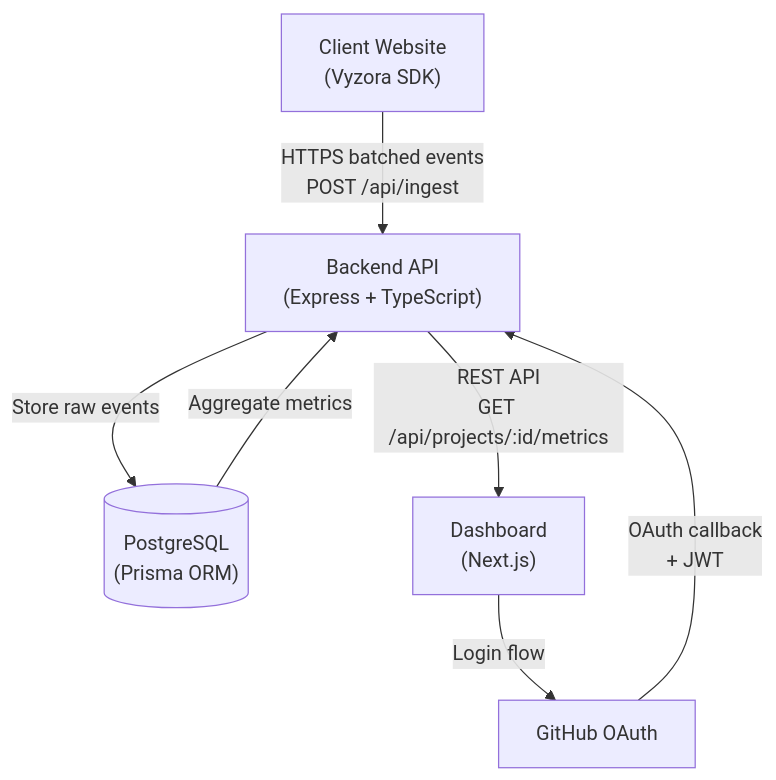
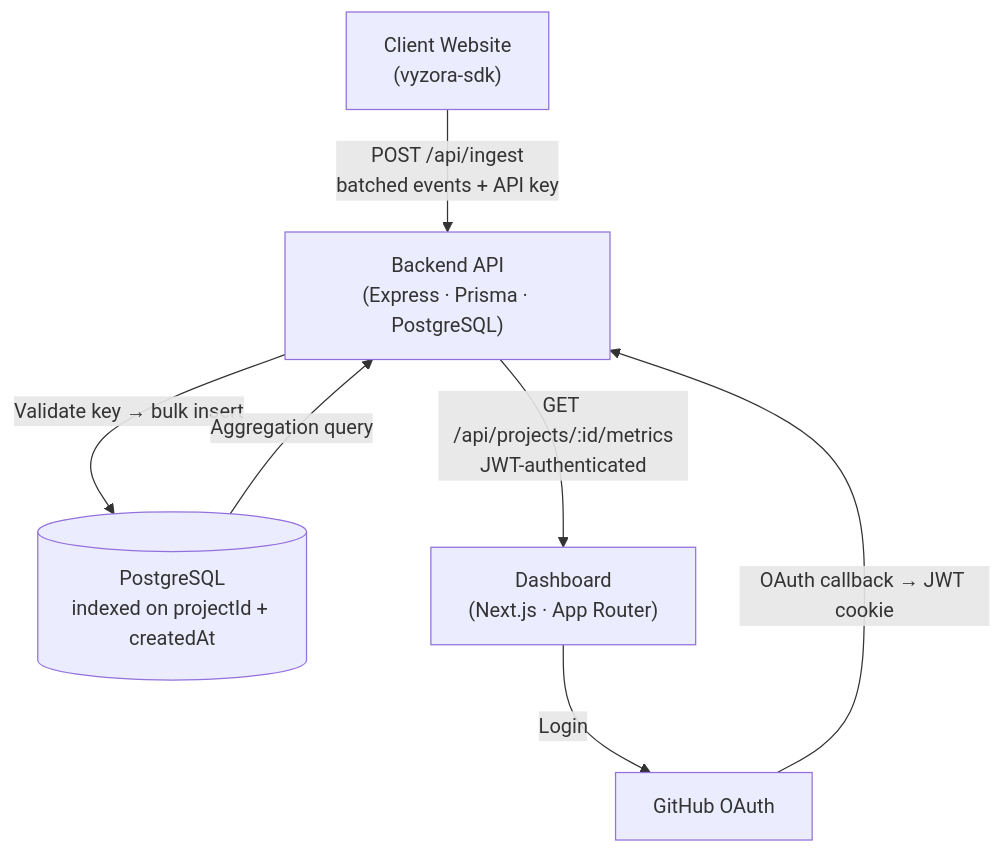
The first of 2 diagrams in README.md (Lancerhawk/Vyzora), drawn with Mermaid before and after one commit. The commit also changed other lines of this file and 10 other files, not shown here.

````diff
--- a/README.md
+++ b/README.md
@@ -30,15 +29,15 @@
 ```mermaid
 flowchart TD
-    A["Client Website\n(Vyzora SDK)"]
-    B["Backend API\n(Express + TypeScript)"]
-    C[("PostgreSQL\n(Prisma ORM)")]
-    D["Dashboard\n(Next.js)"]
+    A["Client Website\n(vyzora-sdk)"]
+    B["Backend API\n(Express · Prisma · PostgreSQL)"]
+    C[("PostgreSQL\nindexed on projectId + createdAt")]
+    D["Dashboard\n(Next.js · App Router)"]
     E["GitHub OAuth"]
 
-    A -- "HTTPS batched events\nPOST /api/ingest" --> B
-    B -- "Store raw events" --> C
-    C -- "Aggregate metrics" --> B
-    B -- "REST API\nGET /api/projects/:id/metrics" --> D
-    D -- "Login flow" --> E
-    E -- "OAuth callback\n+ JWT" --> B
+    A -- "POST /api/ingest\nbatched events + API key" --> B
+    B -- "Validate key → bulk insert" --> C
+    C -- "Aggregation query" --> B
+    B -- "GET /api/projects/:id/metrics\nJWT-authenticated" --> D
+    D -- "Login" --> E
+    E -- "OAuth callback → JWT cookie" --> B
 ```
````
